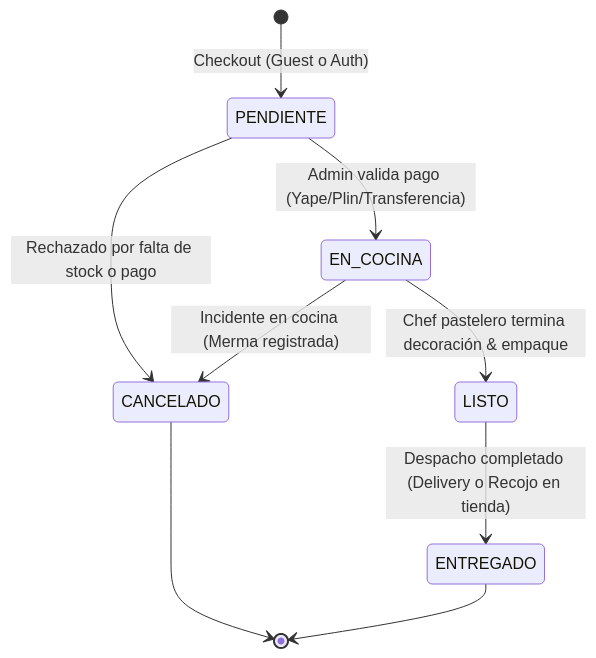
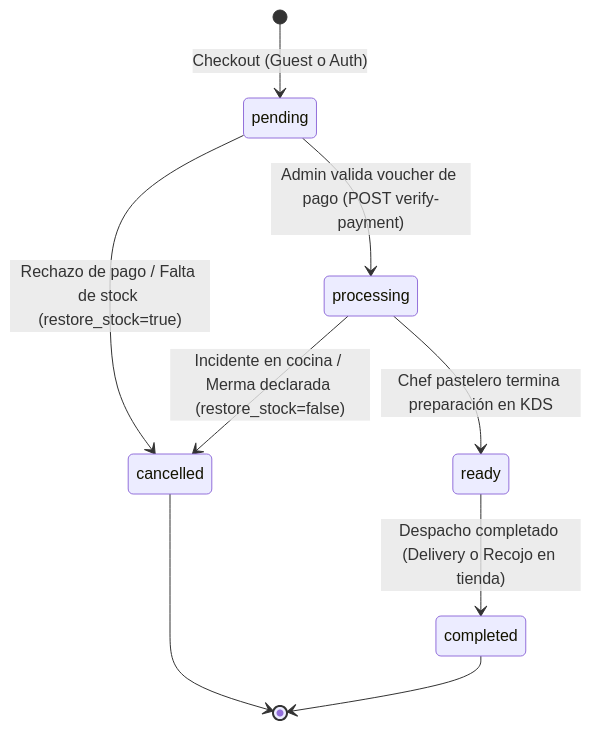
One commit to Proyecto-Postre/Fullstack-dulcefe changed the first of 2 diagrams in docs/01 - Estrategia & Negocio/logica-negocio-pedidos.md. Above: the diagram before and after it, drawn with Mermaid. The commit also changed other lines of this file and 3 other files, not shown here.

Commit message:
docs: sync plan-maestro, order business rules and mobile architecture rules

````diff
--- a/docs/01 - Estrategia & Negocio/logica-negocio-pedidos.md
+++ b/docs/01 - Estrategia & Negocio/logica-negocio-pedidos.md
@@ -23,11 +23,11 @@
 ```mermaid
 stateDiagram-v2
-    [*] --> PENDIENTE: Checkout (Guest o Auth)
-    PENDIENTE --> EN_COCINA: Admin valida pago (Yape/Plin/Transferencia)
-    EN_COCINA --> LISTO: Chef pastelero termina decoración & empaque
-    LISTO --> ENTREGADO: Despacho completado (Delivery o Recojo en tienda)
-    PENDIENTE --> CANCELADO: Rechazado por falta de stock o pago
-    EN_COCINA --> CANCELADO: Incidente en cocina (Merma registrada)
-    CANCELADO --> [*]
-    ENTREGADO --> [*]
+    [*] --> pending: Checkout (Guest o Auth)
+    pending --> processing: Admin valida voucher de pago (POST verify-payment)
+    processing --> ready: Chef pastelero termina preparación en KDS
+    ready --> completed: Despacho completado (Delivery o Recojo en tienda)
+    pending --> cancelled: Rechazo de pago / Falta de stock (restore_stock=true)
+    processing --> cancelled: Incidente en cocina / Merma declarada (restore_stock=false)
+    cancelled --> [*]
+    completed --> [*]
 ```
````
